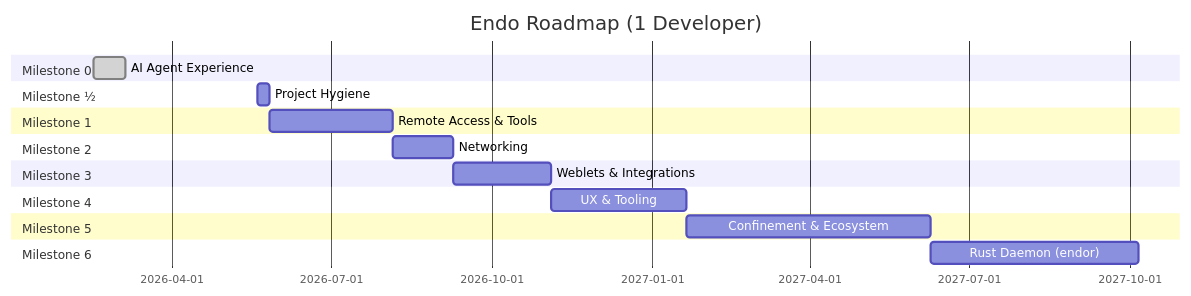
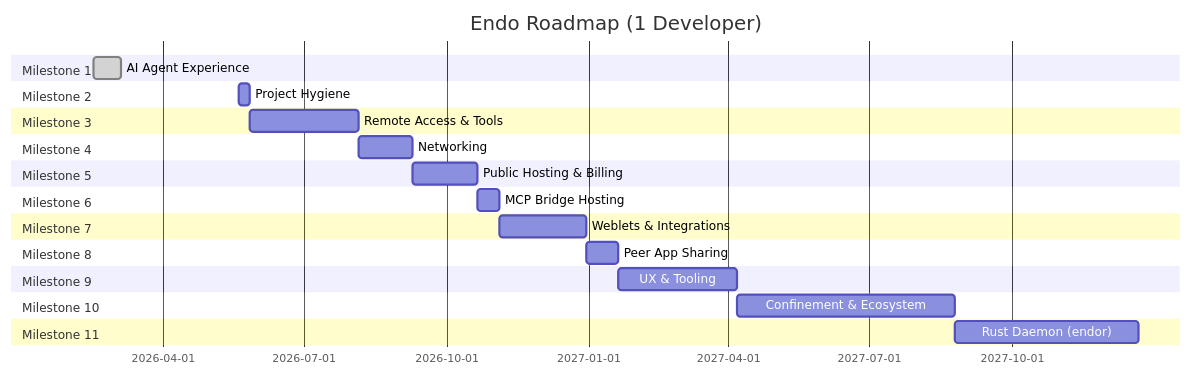
Before and after one commit to jbotson/endo-but-for-bots: the second of 2 diagrams in designs/README.md, drawn with Mermaid. The commit also changed other lines of this file, not shown here.

````diff
--- a/designs/README.md
+++ b/designs/README.md
@@ -1036,29 +1237,38 @@
 ```mermaid
 gantt
     title Endo Roadmap (1 Developer)
     dateFormat YYYY-MM-DD
 
-    section Milestone 0
-    AI Agent Experience           :done, m0, 2026-02-15, 2026-03-05
-
-    section Milestone ½
-    Project Hygiene               :mhalf, 2026-05-20, 1w
-
     section Milestone 1
-    Remote Access & Tools         :m1, after mhalf, 10w
+    AI Agent Experience           :done, m1, 2026-02-15, 2026-03-05
 
     section Milestone 2
-    Networking                    :m2, after m1, 5w
+    Project Hygiene               :m2, 2026-05-20, 1w
 
     section Milestone 3
-    Weblets & Integrations        :m3, after m2, 8w
+    Remote Access & Tools         :m3, after m2, 10w
 
     section Milestone 4
-    UX & Tooling                  :m4, after m3, 11w
+    Networking                    :m4, after m3, 5w
 
     section Milestone 5
-    Confinement & Ecosystem       :m5, after m4, 20w
+    Public Hosting & Billing      :m5, after m4, 6w
 
     section Milestone 6
-    Rust Daemon (endor)           :m6, after m5, 17w
+    MCP Bridge Hosting            :m6, after m5, 2w
+
+    section Milestone 7
+    Weblets & Integrations        :m7, after m6, 8w
+
+    section Milestone 8
+    Peer App Sharing              :m8, after m7, 3w
+
+    section Milestone 9
+    UX & Tooling                  :m9, after m8, 11w
+
+    section Milestone 10
+    Confinement & Ecosystem       :m10, after m9, 20w
+
+    section Milestone 11
+    Rust Daemon (endor)           :m11, after m10, 17w
 ```
````
